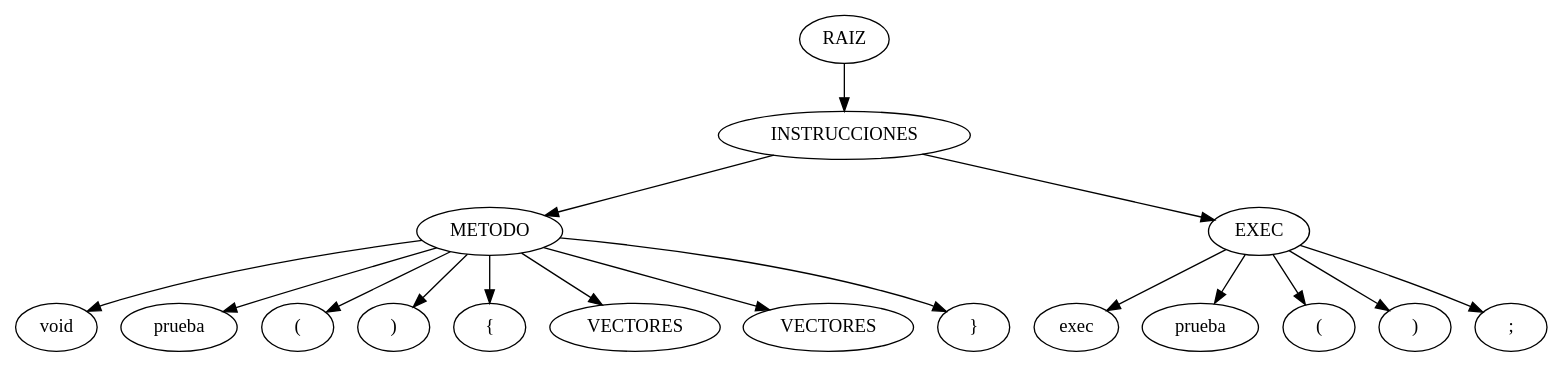
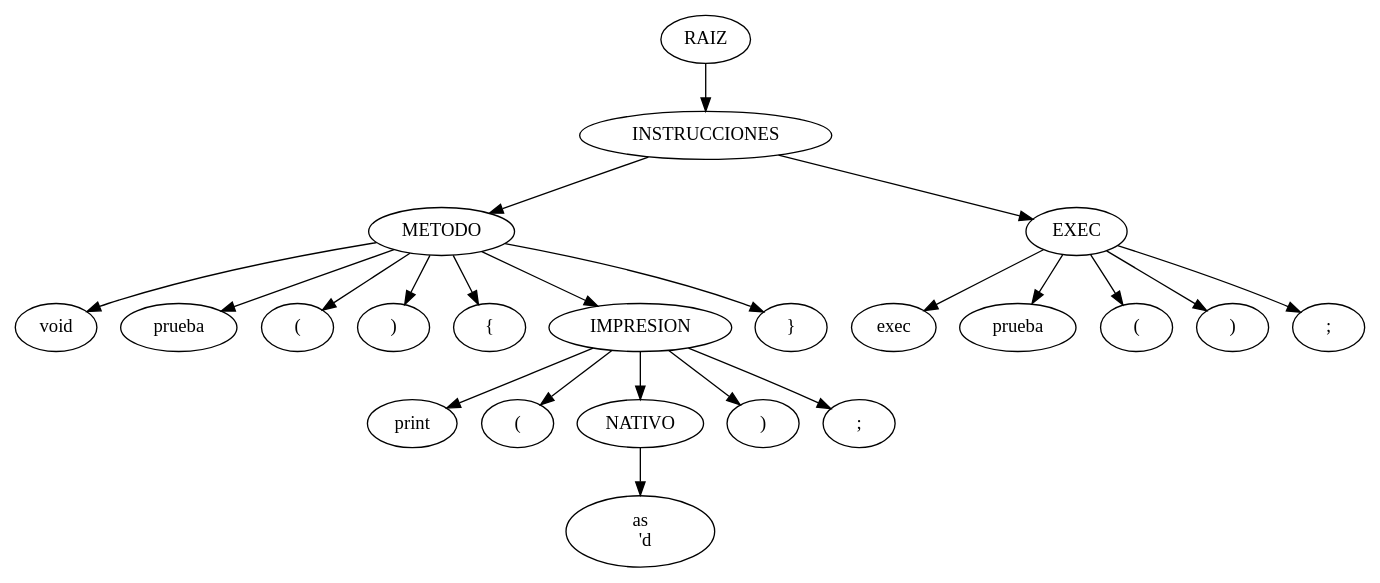
The diagram in Backend/arbolAST.dot (ByLy23/Typesty-Interpreter), drawn with Graphviz before and after one commit. The commit also changed 16 other files, not shown here.

```diff
--- a/Backend/arbolAST.dot
+++ b/Backend/arbolAST.dot
@@ -1,20 +1,26 @@
 digraph arbolAST{ 
       n0[label="RAIZ"];
       n1[label="INSTRUCCIONES"];
       n0 -> n1;n2[label="METODO"];
       n1 -> n2;n3[label="void"];
       n2 -> n3;n4[label="prueba"];
       n2 -> n4;n5[label="("];
       n2 -> n5;n6[label=")"];
       n2 -> n6;n7[label="{"];
-      n2 -> n7;n8[label="VECTORES"];
-      n2 -> n8;n9[label="VECTORES"];
-      n2 -> n9;n10[label="}"];
-      n2 -> n10;n11[label="EXEC"];
-      n1 -> n11;n12[label="exec"];
-      n11 -> n12;n13[label="prueba"];
-      n11 -> n13;n14[label="("];
-      n11 -> n14;n15[label=")"];
-      n11 -> n15;n16[label=";"];
-      n11 -> n16;
+      n2 -> n7;n8[label="IMPRESION"];
+      n2 -> n8;n9[label="print"];
+      n8 -> n9;n10[label="("];
+      n8 -> n10;n11[label="NATIVO"];
+      n8 -> n11;n12[label="as
+ 	 \  'd"];
+      n11 -> n12;n13[label=")"];
+      n8 -> n13;n14[label=";"];
+      n8 -> n14;n15[label="}"];
+      n2 -> n15;n16[label="EXEC"];
+      n1 -> n16;n17[label="exec"];
+      n16 -> n17;n18[label="prueba"];
+      n16 -> n18;n19[label="("];
+      n16 -> n19;n20[label=")"];
+      n16 -> n20;n21[label=";"];
+      n16 -> n21;
     }
```
